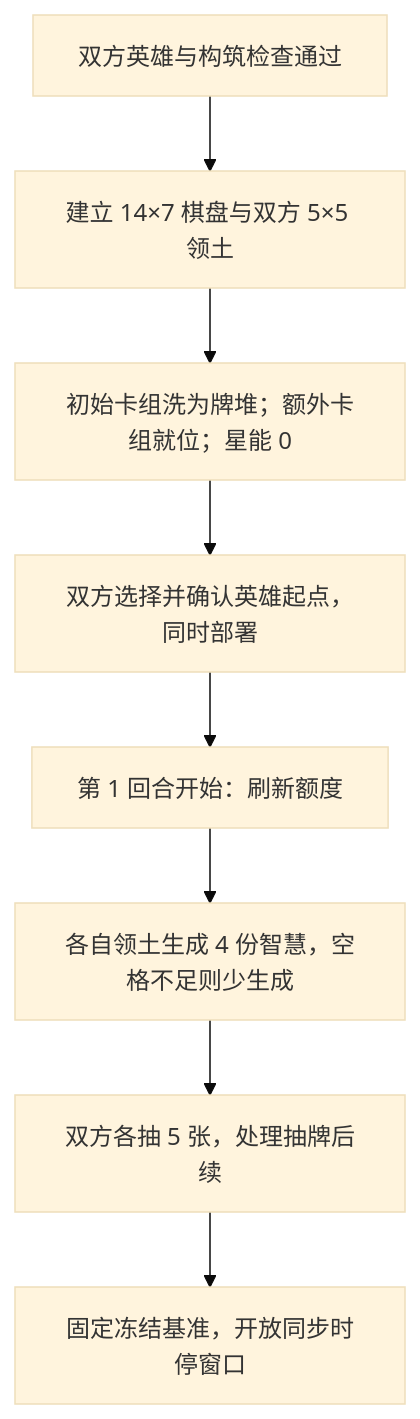
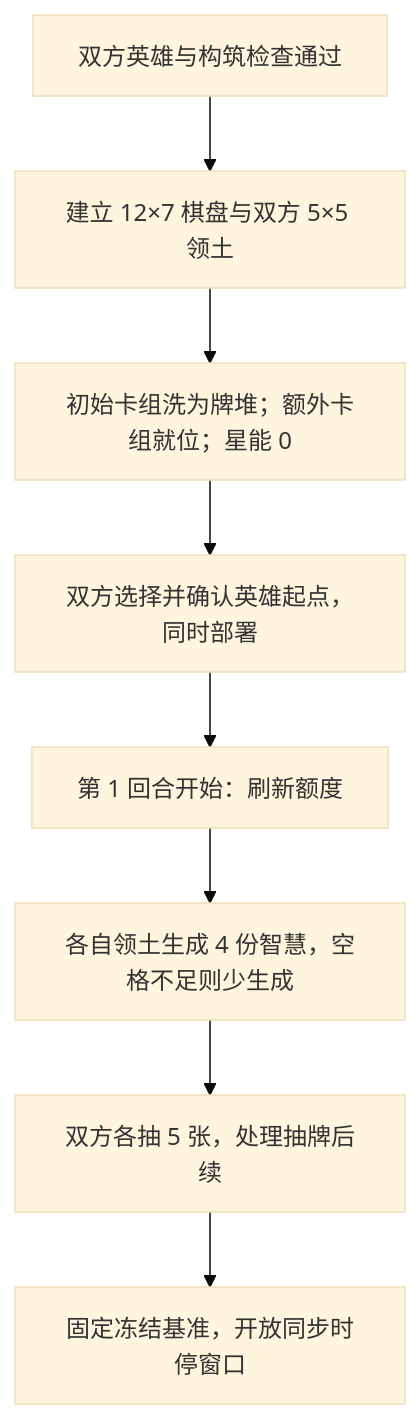
One commit to Time-Block-Hero/tbh-website changed the diagram in docs/rules/standard/setup.md. Above: the diagram before and after it, drawn with Mermaid (base theme). The commit also changed other lines of this file and 3 other files, not shown here.

````diff
--- a/docs/rules/standard/setup.md
+++ b/docs/rules/standard/setup.md
@@ -96,10 +96,10 @@
 ```mermaid
 flowchart TD
-  check["双方英雄与构筑检查通过"] --> map["建立 14×7 棋盘与双方 5×5 领土"]
+  check["双方英雄与构筑检查通过"] --> map["建立 12×7 棋盘与双方 5×5 领土"]
   map --> decks["初始卡组洗为牌堆；额外卡组就位；星能 0"]
   decks --> deploy["双方选择并确认英雄起点，同时部署"]
   deploy --> round["第 1 回合开始：刷新额度"]
   round --> resource["各自领土生成 4 份智慧，空格不足则少生成"]
   resource --> draw["双方各抽 5 张，处理抽牌后续"]
   draw --> stop["固定冻结基准，开放同步时停窗口"]
 ```
````
